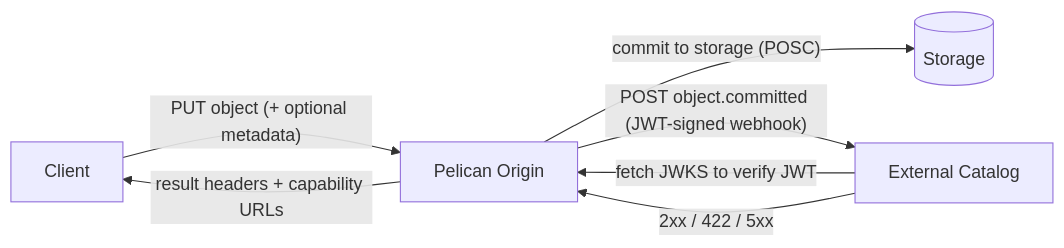
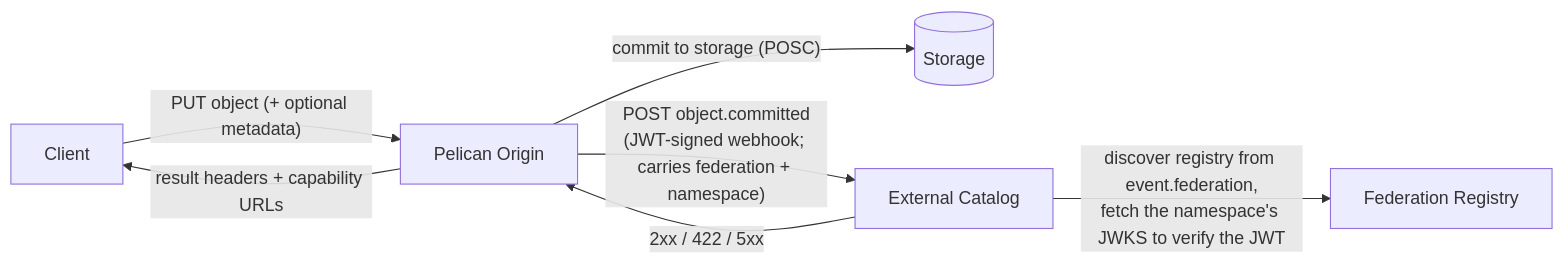
Before and after one commit to PelicanPlatform/pelican: the first of 3 diagrams in docs/metadata-publish-design.md, drawn with Mermaid. The commit also changed other lines of this file and 2 other files, not shown here.

````diff
--- a/docs/metadata-publish-design.md
+++ b/docs/metadata-publish-design.md
@@ -12,9 +12,9 @@
 ```mermaid
 flowchart LR
     C[Client] -- "PUT object (+ optional metadata)" --> O[Pelican Origin]
     O -- "commit to storage (POSC)" --> S[(Storage)]
-    O -- "POST object.committed (JWT-signed webhook)" --> K[External Catalog]
-    K -- "fetch JWKS to verify JWT" --> O
+    O -- "POST object.committed<br/>(JWT-signed webhook; carries federation + namespace)" --> K[External Catalog]
+    K -- "discover registry from event.federation,<br/>fetch the namespace's JWKS to verify the JWT" --> R[Federation Registry]
     K -- "2xx / 422 / 5xx" --> O
     O -- "result headers + capability URLs" --> C
 ```
````
